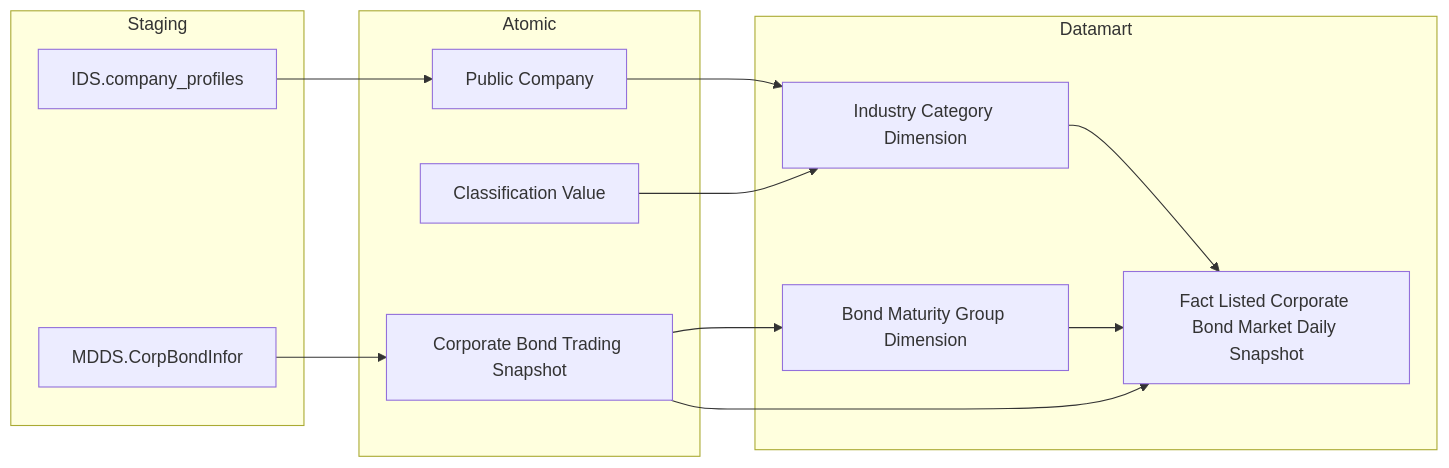
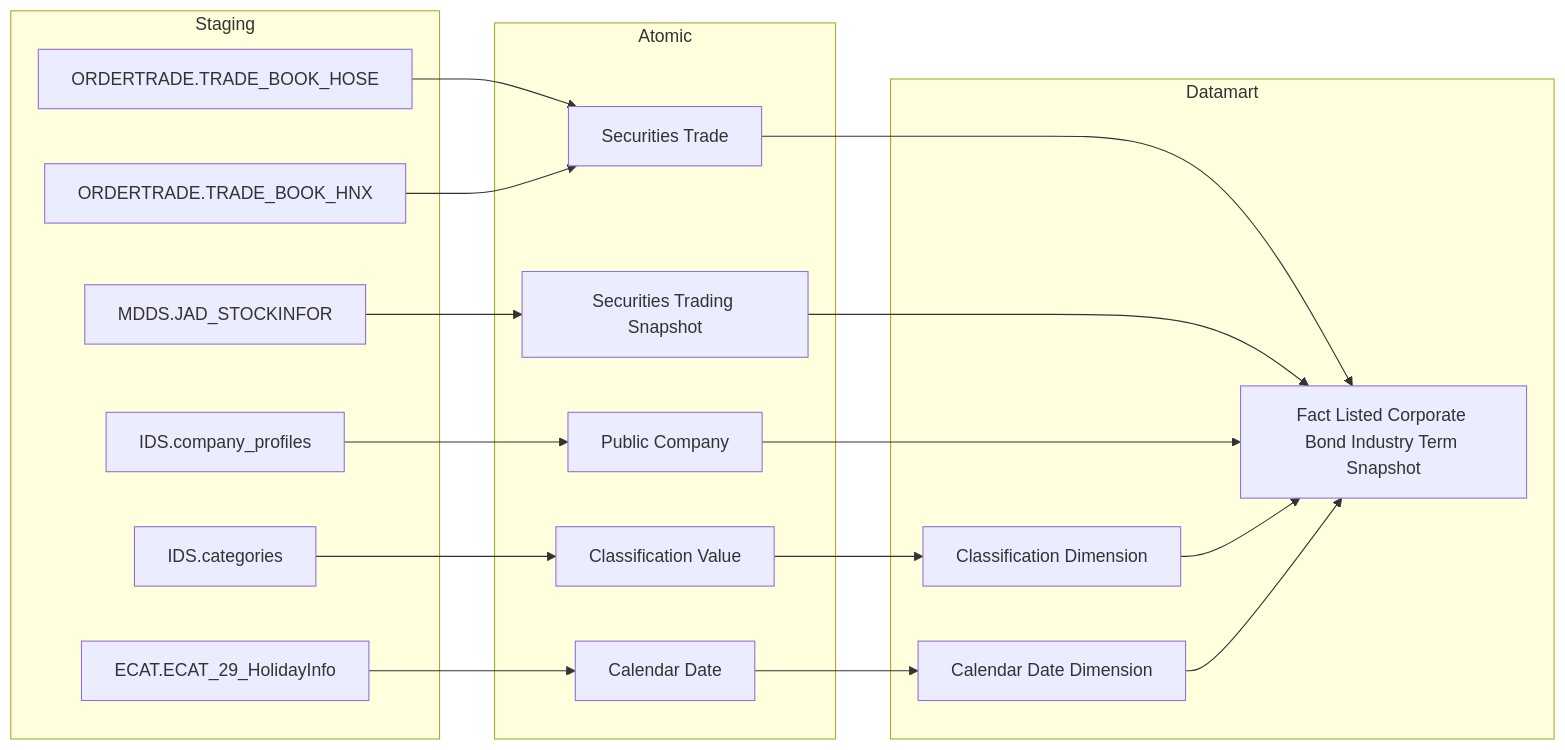
Before and after one commit to linhlvit/ubck_atomic_design: the fifth of 22 diagrams in Datamart/hld/DTM_VP_HLD.md, drawn with Mermaid. The commit also changed other lines of this file and 14 other files, not shown here.

````diff
--- a/Datamart/hld/DTM_VP_HLD.md
+++ b/Datamart/hld/DTM_VP_HLD.md
@@ -107,25 +125,36 @@
 ```mermaid
 flowchart LR
     subgraph SRC["Staging"]
-        S5[MDDS.CorpBondInfor]
-        S6[IDS.company_profiles]
+        ORDERTRADE_TRADE_BOOK_HOSE5["ORDERTRADE.TRADE_BOOK_HOSE"]
+        ORDERTRADE_TRADE_BOOK_HNX5["ORDERTRADE.TRADE_BOOK_HNX"]
+        MDDS_JAD_STOCKINFOR5["MDDS.JAD_STOCKINFOR"]
+        IDS_COMPANY_PROFILES5["IDS.company_profiles"]
+        IDS_CATEGORIES5["IDS.categories"]
+        ECAT_ECAT_29_HolidayInfo5["ECAT.ECAT_29_HolidayInfo"]
     end
     subgraph SIL["Atomic"]
-        A5[Corporate Bond Trading Snapshot]
-        A6[Public Company]
-        A3[Classification Value]
+        Securities_Trade5["Securities Trade"]
+        Securities_Trading_Snapshot5["Securities Trading Snapshot"]
+        Public_Company5["Public Company"]
+        Classification_Value5["Classification Value"]
+        Calendar_Date5["Calendar Date"]
     end
     subgraph GOLD["Datamart"]
-        D4[Industry Category Dimension]
-        D5[Bond Maturity Group Dimension]
-        F5[Fact Listed Corporate Bond Market Daily Snapshot]
-        D4 --> F5
-        D5 --> F5
+        fct_lst_crp_bnd_indy_trm_snpst["Fact Listed Corporate Bond Industry Term Snapshot"]
+        cls_dim5["Classification Dimension"]
+        cdr_dt_dim5["Calendar Date Dimension"]
     end
-    S5 --> A5
-    S6 --> A6
-    A5 --> F5
-    A5 --> D5
-    A6 --> D4
-    A3 --> D4
+    ORDERTRADE_TRADE_BOOK_HOSE5 --> Securities_Trade5
+    ORDERTRADE_TRADE_BOOK_HNX5 --> Securities_Trade5
+    MDDS_JAD_STOCKINFOR5 --> Securities_Trading_Snapshot5
+    IDS_COMPANY_PROFILES5 --> Public_Company5
+    IDS_CATEGORIES5 --> Classification_Value5
+    ECAT_ECAT_29_HolidayInfo5 --> Calendar_Date5
+    Securities_Trade5 --> fct_lst_crp_bnd_indy_trm_snpst
+    Securities_Trading_Snapshot5 --> fct_lst_crp_bnd_indy_trm_snpst
+    Public_Company5 --> fct_lst_crp_bnd_indy_trm_snpst
+    Classification_Value5 --> cls_dim5
+    Calendar_Date5 --> cdr_dt_dim5
+    cls_dim5 --> fct_lst_crp_bnd_indy_trm_snpst
+    cdr_dt_dim5 --> fct_lst_crp_bnd_indy_trm_snpst
 ```
````
